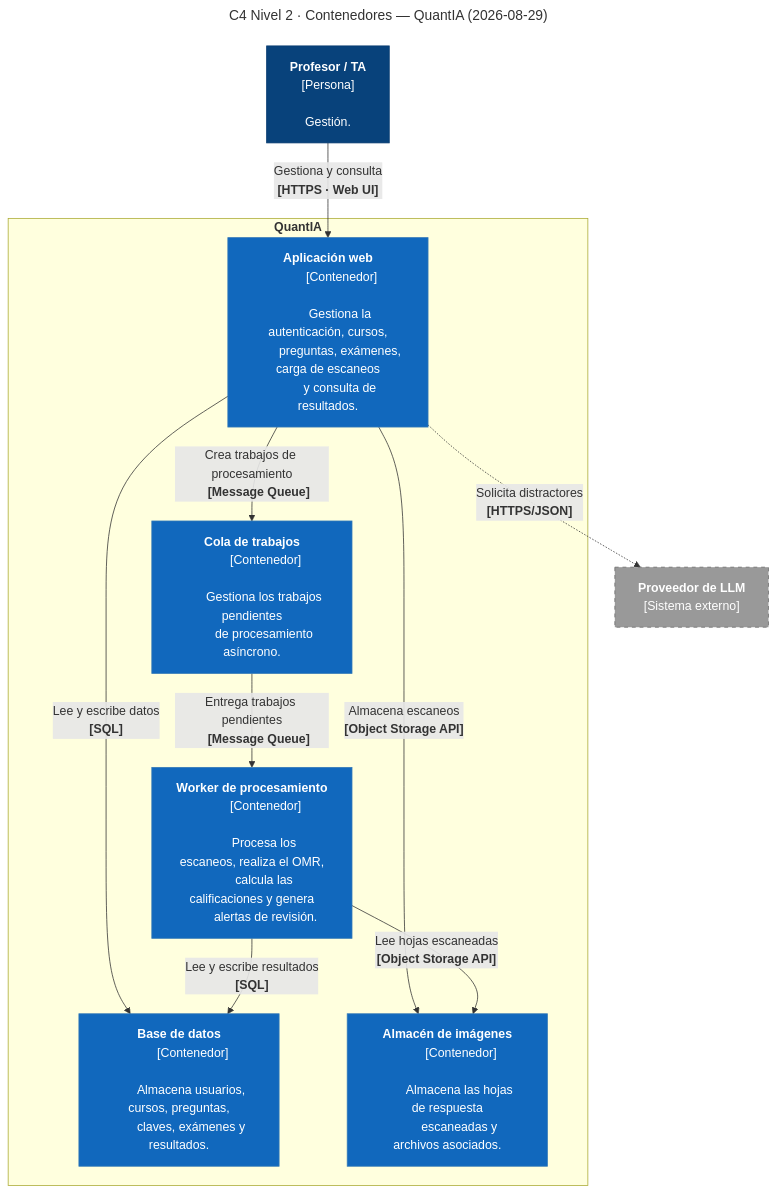
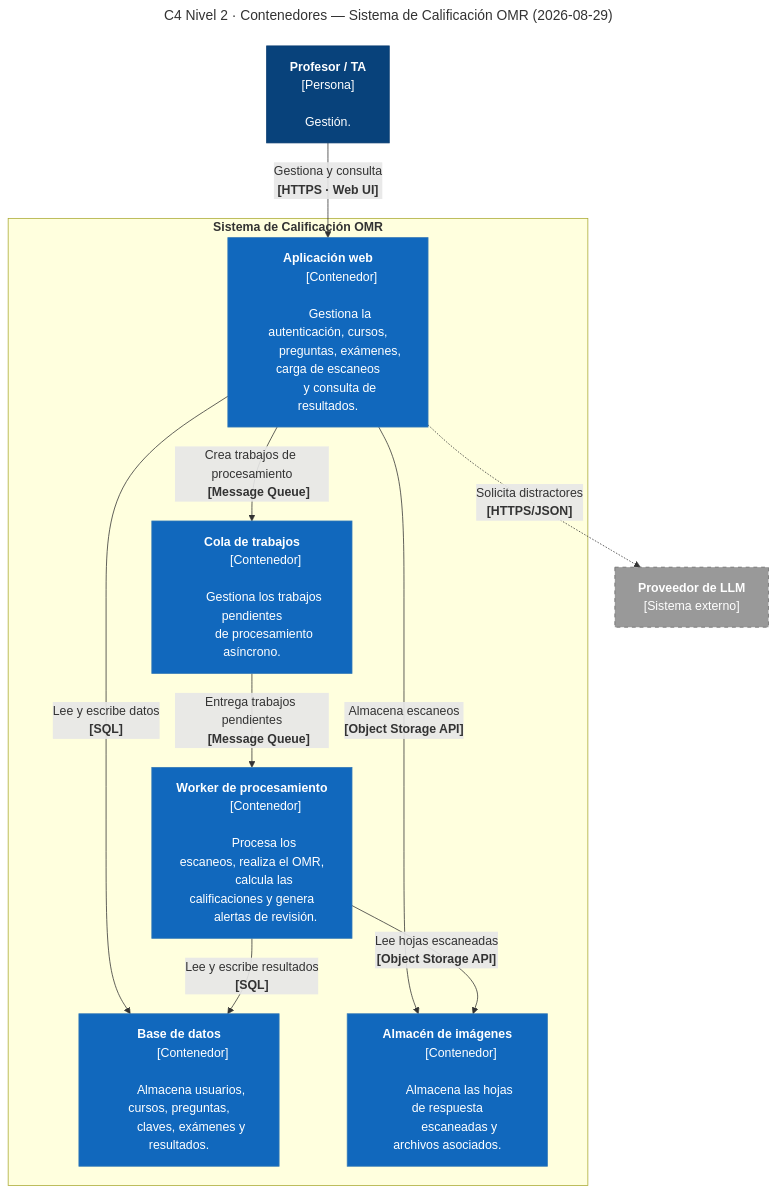
The second of 2 diagrams in docs/c4/doc-c4.md (ISCOUTB/AS_202620_Sistema-de-calificacion-automatica), drawn with Mermaid before and after one commit. The commit also changed other lines of this file and 21 other files, not shown here.

````diff
--- a/docs/c4/doc-c4.md
+++ b/docs/c4/doc-c4.md
@@ -166,80 +166,80 @@
 ```mermaid
 ---
-title: "C4 Nivel 2 · Contenedores — QuantIA (2026-08-29)"
+title: "C4 Nivel 2 · Contenedores — Sistema de Calificación OMR (2026-08-29)"
 ---
 flowchart TB
     profesor["<b>Profesor / TA</b>
     [Persona]
 
     Gestión."]
 
-    subgraph quantia["<b>QuantIA</b>"]
+    subgraph sistema_omr["<b>Sistema de Calificación OMR</b>"]
 
         web["<b>Aplicación web</b>
         [Contenedor]
 
         Gestiona la autenticación, cursos,
         preguntas, exámenes, carga de escaneos
         y consulta de resultados."]
 
         cola["<b>Cola de trabajos</b>
         [Contenedor]
 
         Gestiona los trabajos pendientes
         de procesamiento asíncrono."]
 
         worker["<b>Worker de procesamiento</b>
         [Contenedor]
 
         Procesa los escaneos, realiza el OMR,
         calcula las calificaciones y genera
         alertas de revisión."]
 
         db["<b>Base de datos</b>
         [Contenedor]
 
         Almacena usuarios, cursos, preguntas,
         claves, exámenes y resultados."]
 
         imagenes["<b>Almacén de imágenes</b>
         [Contenedor]
 
         Almacena las hojas de respuesta
         escaneadas y archivos asociados."]
     end
 
     llm["<b>Proveedor de LLM</b>
     [Sistema externo]"]
 
     profesor -->|"Gestiona y consulta
     <b>[HTTPS · Web UI]</b>"| web
 
     web -->|"Lee y escribe datos
     <b>[SQL]</b>"| db
 
     web -->|"Almacena escaneos
     <b>[Object Storage API]</b>"| imagenes
 
     web -->|"Crea trabajos de procesamiento
     <b>[Message Queue]</b>"| cola
 
     cola -->|"Entrega trabajos pendientes
     <b>[Message Queue]</b>"| worker
 
     worker -->|"Lee y escribe resultados
     <b>[SQL]</b>"| db
 
     worker -->|"Lee hojas escaneadas
     <b>[Object Storage API]</b>"| imagenes
 
     web -.->|"Solicita distractores
     <b>[HTTPS/JSON]</b>"| llm
 
     classDef person fill:#08427B,stroke:#073B6F,color:#ffffff
     classDef container fill:#1168BD,stroke:#3379B7,color:#ffffff
     classDef external fill:#999999,stroke:#6B6B6B,color:#ffffff,stroke-dasharray: 5 5
 
     class profesor person
     class web,cola,worker,db,imagenes container
     class llm external
 ```
````
